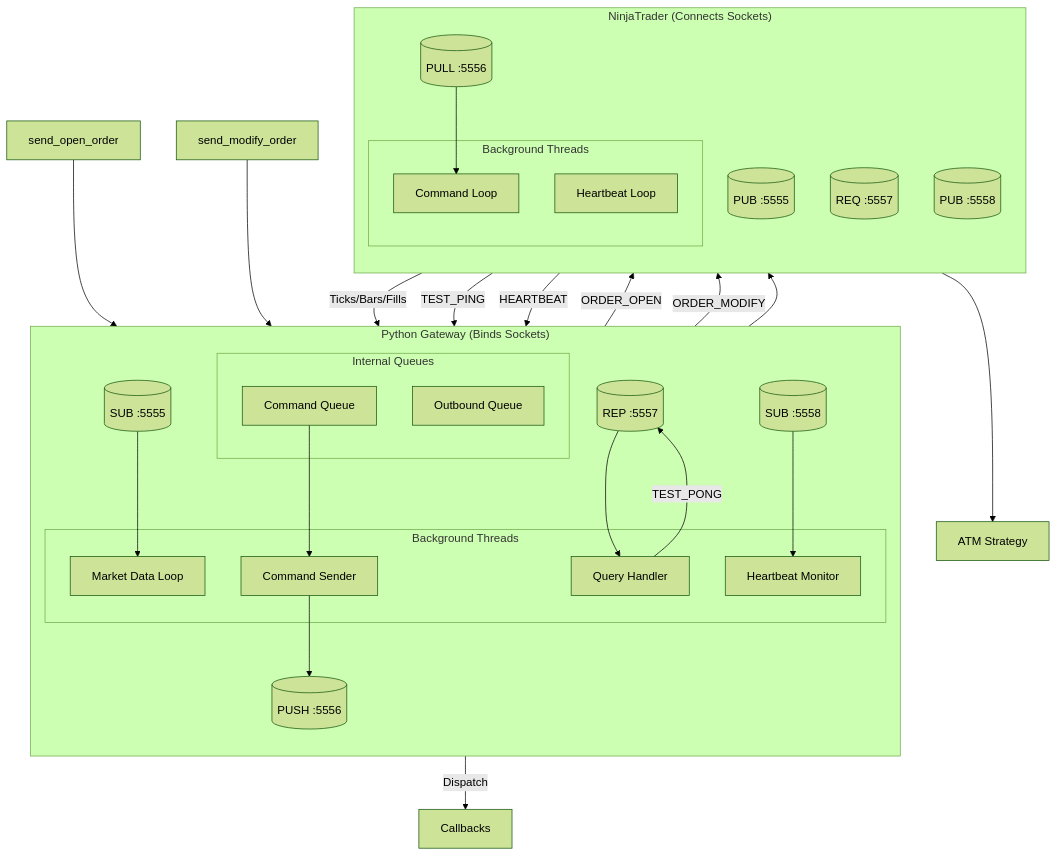
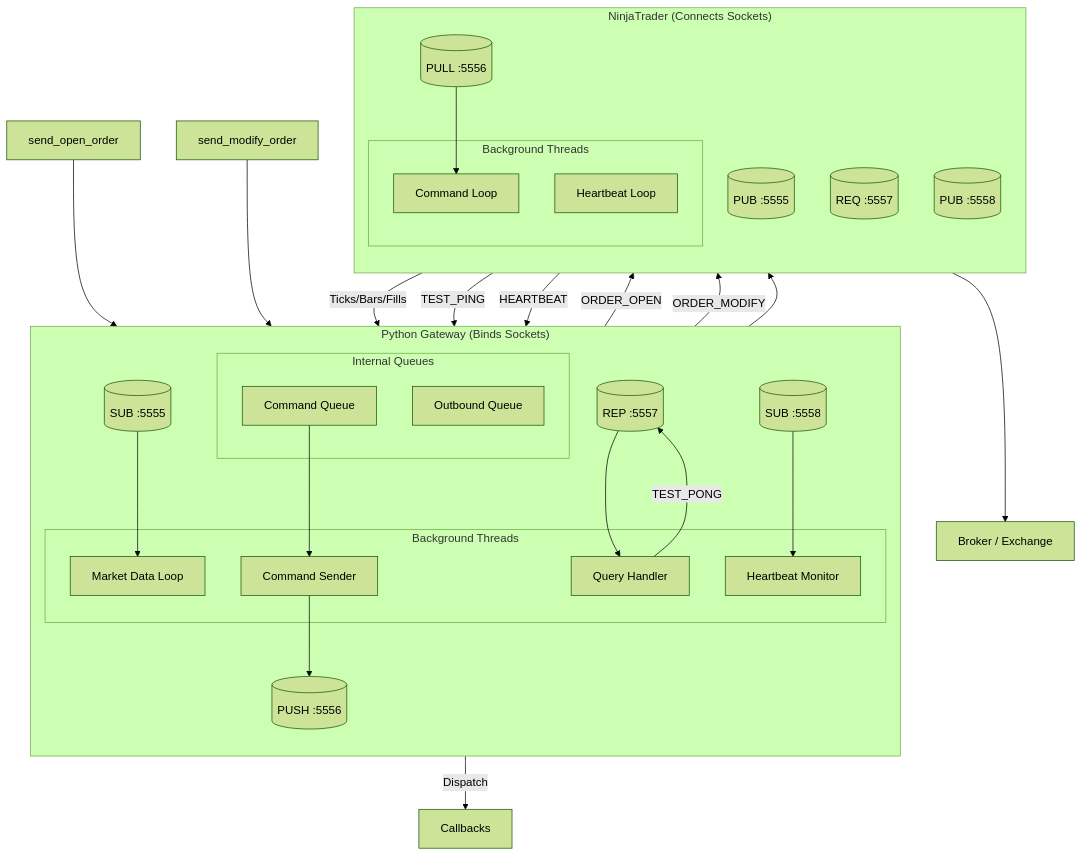
One commit to carlos21/TradingBot changed the sixth of 9 diagrams in docs/zmq_communication_flow.md. Above: the diagram before and after it, drawn with Mermaid (forest theme). The commit also changed other lines of this file and 1 other file, not shown here.

````diff
--- a/docs/zmq_communication_flow.md
+++ b/docs/zmq_communication_flow.md
@@ -776,60 +770,60 @@
 ```mermaid
 flowchart TB
     subgraph "Python Gateway (Binds Sockets)"
         direction TB
         PYSUB[(SUB :5555)]
         PYPUSH[(PUSH :5556)]
         PYREP[(REP :5557)]
         PYSUB_H[(SUB :5558)]
         
         subgraph "Internal Queues"
             CMDQ[Command Queue]
             OBQ[Outbound Queue]
         end
         
         subgraph "Background Threads"
             MD[Market Data Loop]
             CS[Command Sender]
             QH[Query Handler]
             HB[Heartbeat Monitor]
         end
     end
     
     subgraph "NinjaTrader (Connects Sockets)"
         direction TB
         NTPUB[(PUB :5555)]
         NTPULL[(PULL :5556)]
         NTREQ[(REQ :5557)]
         NTPUB_H[(PUB :5558)]
         
         subgraph "Background Threads"
             CL[Command Loop]
             HBL[Heartbeat Loop]
         end
     end
     
     %% Market Data Flow
     NTPUB -->|Ticks/Bars/Fills| PYSUB
     PYSUB --> MD
     MD -->|Dispatch| CB[Callbacks]
     
     %% Command Flow
     API[send_open_order] --> CMDQ
     MOD[send_modify_order] --> CMDQ
     CMDQ --> CS
     CS --> PYPUSH
     PYPUSH -->|ORDER_OPEN| NTPULL
     PYPUSH -->|ORDER_MODIFY| NTPULL
     NTPULL --> CL
-    CL --> ATM[ATM Strategy]
+    CL --> BROKER[Broker / Exchange]
     
     %% Query Flow
     NTREQ -->|TEST_PING| PYREP
     PYREP --> QH
     QH -->|TEST_PONG| PYREP
     PYREP --> NTREQ
     
     %% Heartbeat Flow
     NTPUB_H -->|HEARTBEAT| PYSUB_H
     PYSUB_H --> HB
 ```
````
